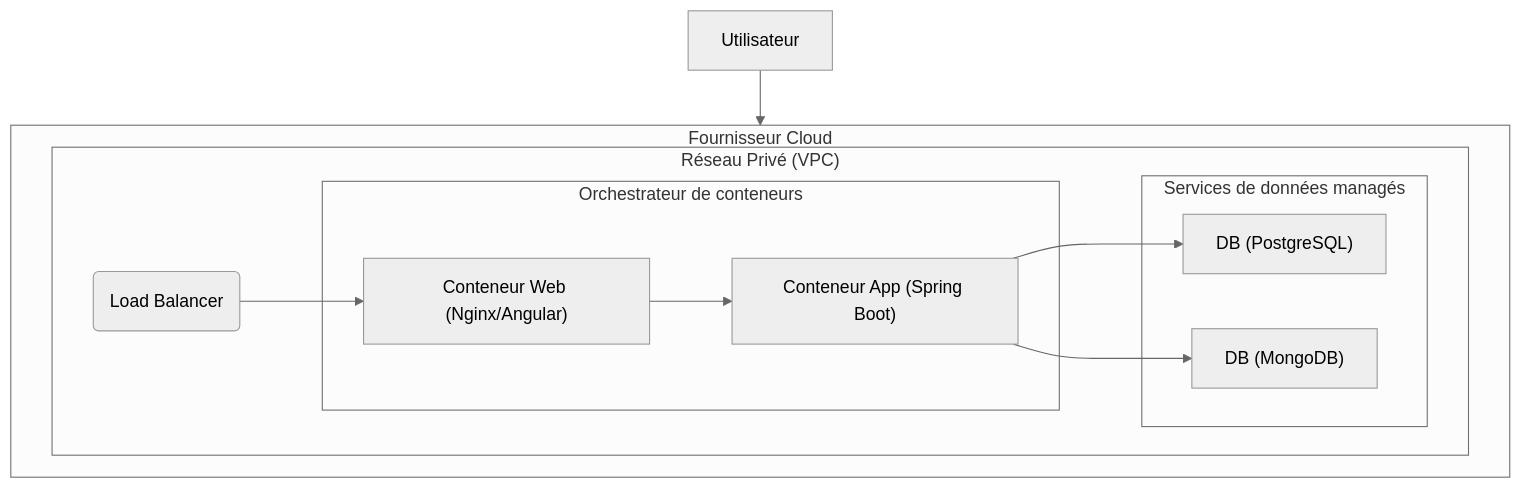
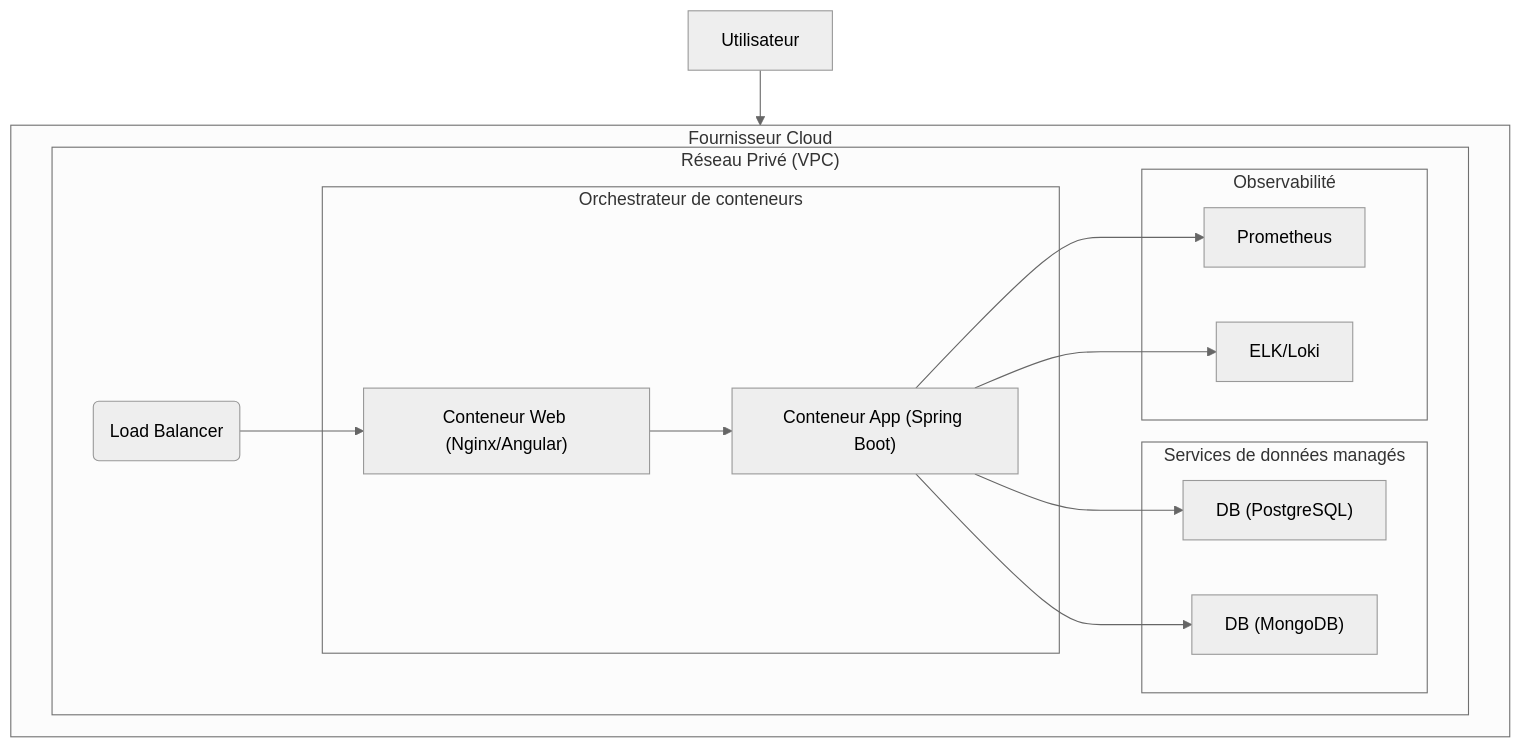
One commit to 0cl0ck/P13 changed the third of 4 diagrams in livrables/architecture-definition-document.md. Above: the diagram before and after it, drawn with Mermaid (neutral theme). The commit also changed other lines of this file, not shown here.

Commit message:
docs: enrich architecture definition

````diff
--- a/livrables/architecture-definition-document.md
+++ b/livrables/architecture-definition-document.md
@@ -113,26 +116,33 @@
 ```mermaid
 graph TD
     subgraph "Fournisseur Cloud"
         direction LR
         subgraph "Réseau Privé (VPC)"
             LB("Load Balancer")
 
             subgraph "Orchestrateur de conteneurs"
                 AppContainer["Conteneur App (Spring Boot)"]
                 WebContainer["Conteneur Web (Nginx/Angular)"]
             end
 
             subgraph "Services de données managés"
                 PostgreSQL["DB (PostgreSQL)"]
                 MongoDB["DB (MongoDB)"]
             end
 
+            subgraph "Observabilité"
+                Prometheus["Prometheus"]
+                ELK["ELK/Loki"]
+            end
+
             LB --> WebContainer
             WebContainer --> AppContainer
             AppContainer --> PostgreSQL
             AppContainer --> MongoDB
+            AppContainer --> Prometheus
+            AppContainer --> ELK
         end
     end
 
     User["Utilisateur"] --> LB
 ```
````
